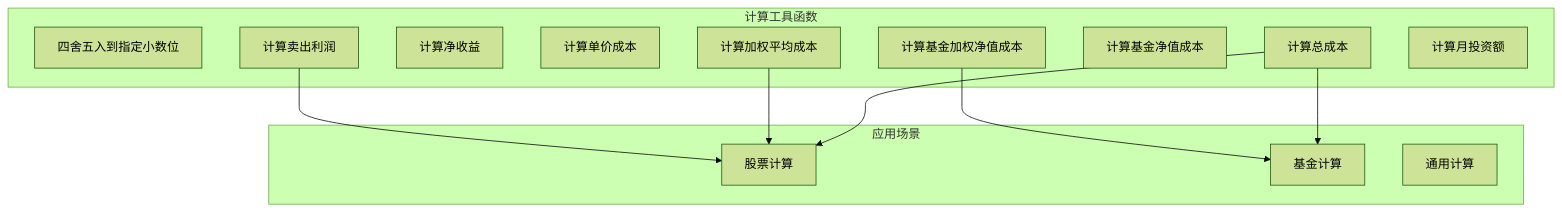
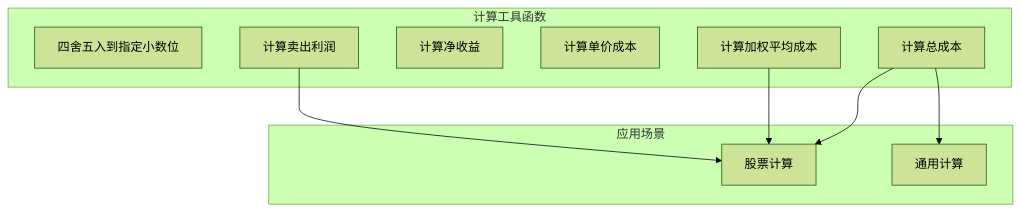
Diagram 14 of 17 in .qoder/repowiki/zh/content/资产管理/资产总览.md (xiao-lin-unit/yuan), drawn with Mermaid (forest theme) before and after one commit. The commit also changed other lines of this file and 14 other files, not shown here.

````diff
--- a/.qoder/repowiki/zh/content/资产管理/资产总览.md
+++ b/.qoder/repowiki/zh/content/资产管理/资产总览.md
@@ -736,24 +610,19 @@
 ```mermaid
 graph TB
 subgraph "计算工具函数"
 RoundToDecimals[四舍五入到指定小数位]
 CalculateTotalCost[计算总成本]
 CalculateNetProceeds[计算净收益]
 CalculateCostPrice[计算单价成本]
 CalculateWeightedCostPrice[计算加权平均成本]
 CalculateSellProfit[计算卖出利润]
-CalculateFundNavCostPrice[计算基金净值成本]
-CalculateFundWeightedNavCostPrice[计算基金加权净值成本]
-CalculateMonthlyAmount[计算月投资额]
 end
 subgraph "应用场景"
 StockCalc[股票计算]
-FundCalc[基金计算]
 GeneralCalc[通用计算]
 end
 CalculateTotalCost --> StockCalc
-CalculateTotalCost --> FundCalc
+CalculateTotalCost --> GeneralCalc
 CalculateWeightedCostPrice --> StockCalc
-CalculateFundWeightedNavCostPrice --> FundCalc
 CalculateSellProfit --> StockCalc
 ```
````
